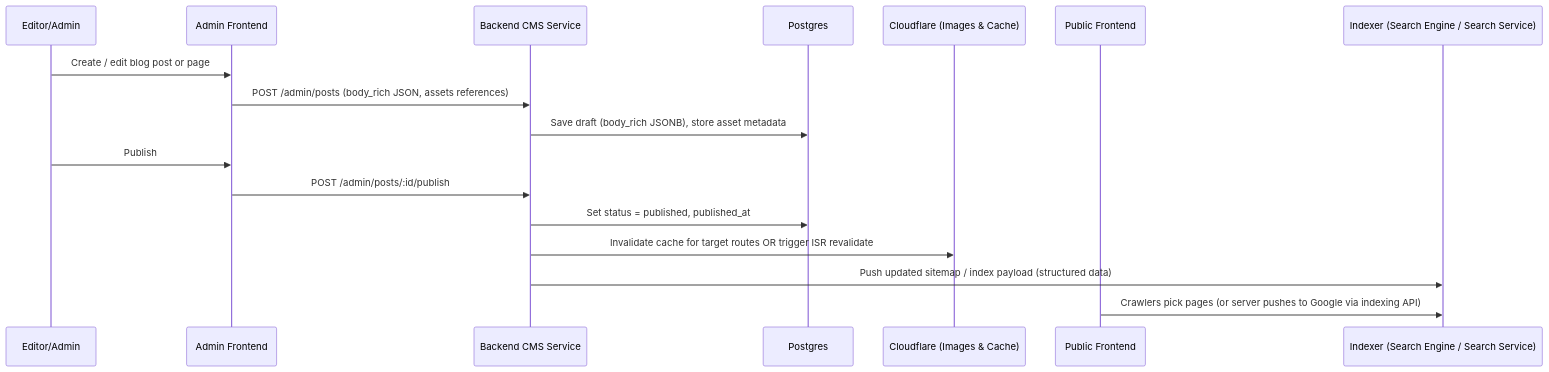
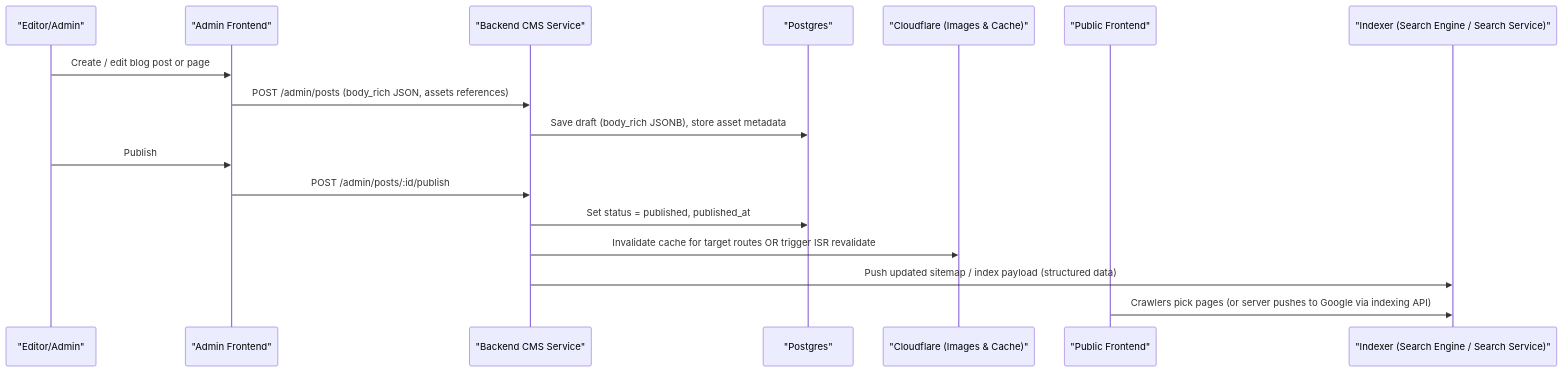
Before and after one commit to brokerinsight/kaylie_labs: the fifth of 10 diagrams in system-design-comprehensive.md, drawn with Mermaid. The commit also changed other lines of this file, not shown here.

Commit message:
Update sequence diagrams with quoted participant labels and minor text adjustments

````diff
--- a/system-design-comprehensive.md
+++ b/system-design-comprehensive.md
@@ -219,20 +219,20 @@
 ```mermaid
 sequenceDiagram
-  participant Editor as Editor/Admin
-  participant CMSFE as Admin Frontend
-  participant API as Backend CMS Service
-  participant DB as Postgres
-  participant CF as Cloudflare (Images & Cache)
-  participant FE as Public Frontend
-  participant SearchEngine as Indexer (Search Engine / Search Service)
+  participant Editor as "Editor/Admin"
+  participant CMSFE as "Admin Frontend"
+  participant API as "Backend CMS Service"
+  participant DB as "Postgres"
+  participant CF as "Cloudflare (Images & Cache)"
+  participant FE as "Public Frontend"
+  participant SearchEngine as "Indexer (Search Engine / Search Service)"
 
   Editor->>CMSFE: Create / edit blog post or page
   CMSFE->>API: POST /admin/posts (body_rich JSON, assets references)
   API->>DB: Save draft (body_rich JSONB), store asset metadata
   Editor->>CMSFE: Publish
   CMSFE->>API: POST /admin/posts/:id/publish
   API->>DB: Set status = published, published_at
   API->>CF: Invalidate cache for target routes OR trigger ISR revalidate
   API->>SearchEngine: Push updated sitemap / index payload (structured data)
   FE->>SearchEngine: Crawlers pick pages (or server pushes to Google via indexing API)
 ```
````
